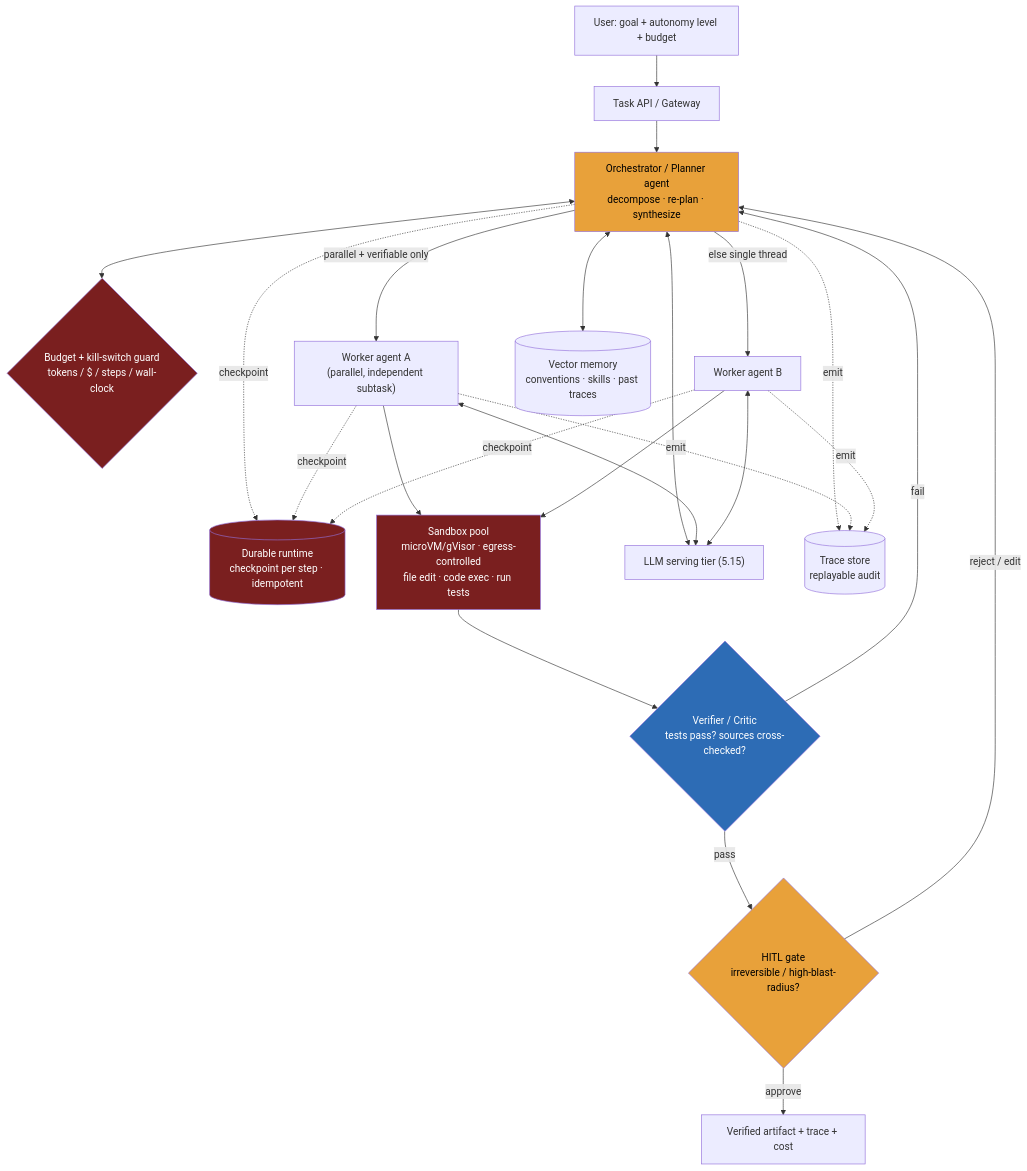
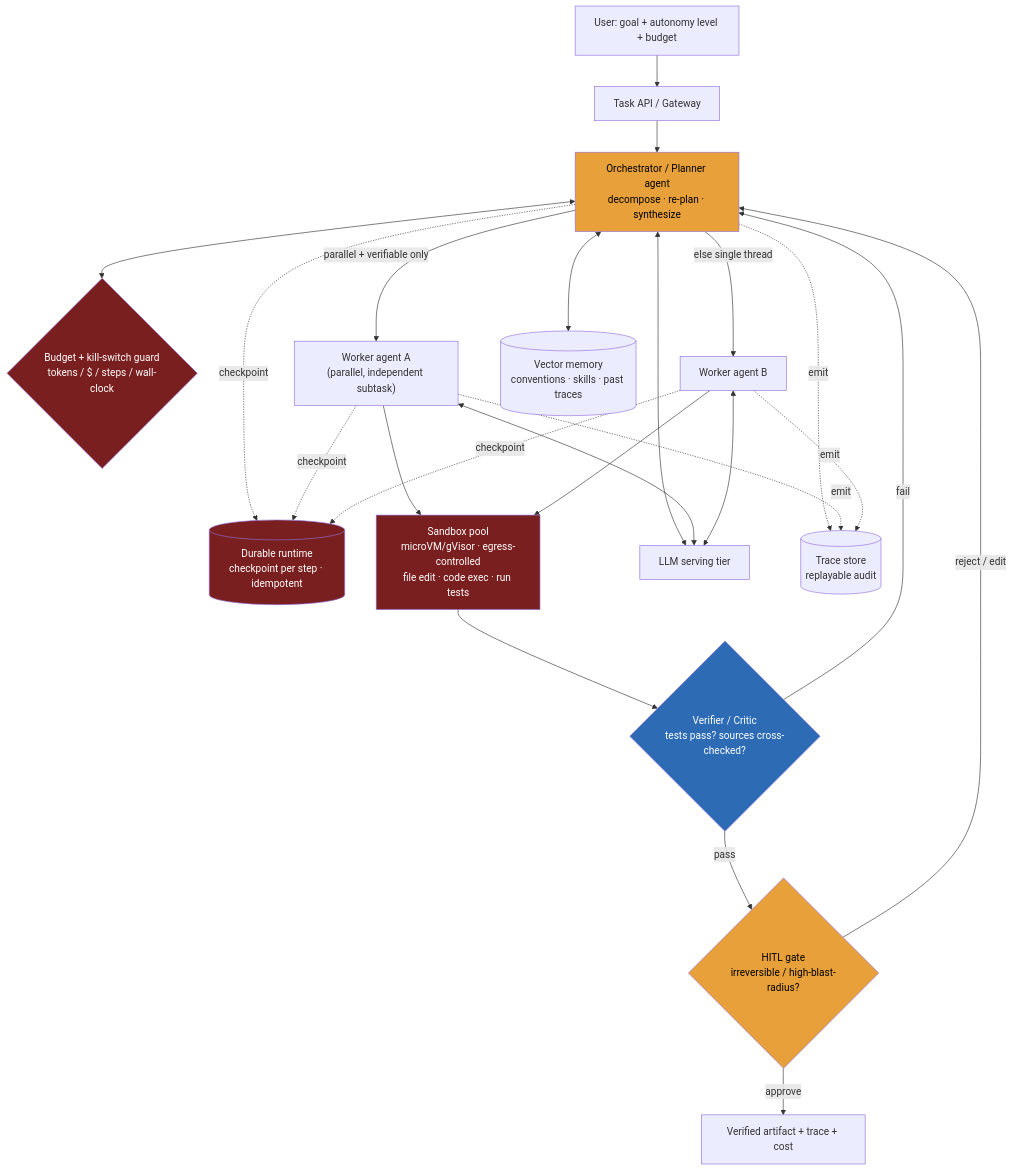
One commit to hkrathore/sysdesign-course changed the diagram in src/content/docs/module-12/lesson-12-6.md. Above: the diagram before and after it, drawn with Mermaid. The commit also changed other lines of this file and 146 other files, not shown here.

````diff
--- a/src/content/docs/module-12/lesson-12-6.md
+++ b/src/content/docs/module-12/lesson-12-6.md
@@ -125,40 +125,40 @@
 ```mermaid
 flowchart TB
     USER["User: goal + autonomy level + budget"]
     API["Task API / Gateway"]
     ORCH["Orchestrator / Planner agent<br/>decompose · re-plan · synthesize"]
     BUDGET{"Budget + kill-switch guard<br/>tokens / $ / steps / wall-clock"}
     W1["Worker agent A<br/>(parallel, independent subtask)"]
     W2["Worker agent B"]
     DUR[("Durable runtime<br/>checkpoint per step · idempotent")]
     SBX["Sandbox pool<br/>microVM/gVisor · egress-controlled<br/>file edit · code exec · run tests"]
     VER{"Verifier / Critic<br/>tests pass? sources cross-checked?"}
     HITL{"HITL gate<br/>irreversible / high-blast-radius?"}
-    LLM["LLM serving tier (5.15)"]
+    LLM["LLM serving tier"]
     OUT["Verified artifact + trace + cost"]
     MEM[("Vector memory<br/>conventions · skills · past traces")]
     TRACE[("Trace store<br/>replayable audit")]
 
     USER --> API --> ORCH
     ORCH <--> BUDGET
     ORCH -->|parallel + verifiable only| W1
     ORCH -->|else single thread| W2
     W1 & W2 --> SBX
     ORCH <--> LLM
     W1 & W2 <--> LLM
     ORCH & W1 & W2 -. checkpoint .-> DUR
     ORCH <--> MEM
     SBX --> VER
     VER -->|fail| ORCH
     VER -->|pass| HITL
     HITL -->|approve| OUT
     HITL -->|reject / edit| ORCH
     ORCH & W1 & W2 -. emit .-> TRACE
 
     style DUR fill:#7a1f1f,color:#fff
     style SBX fill:#7a1f1f,color:#fff
     style VER fill:#2d6cb5,color:#fff
     style BUDGET fill:#7a1f1f,color:#fff
     style ORCH fill:#e8a13a,color:#000
     style HITL fill:#e8a13a,color:#000
 ```
````
